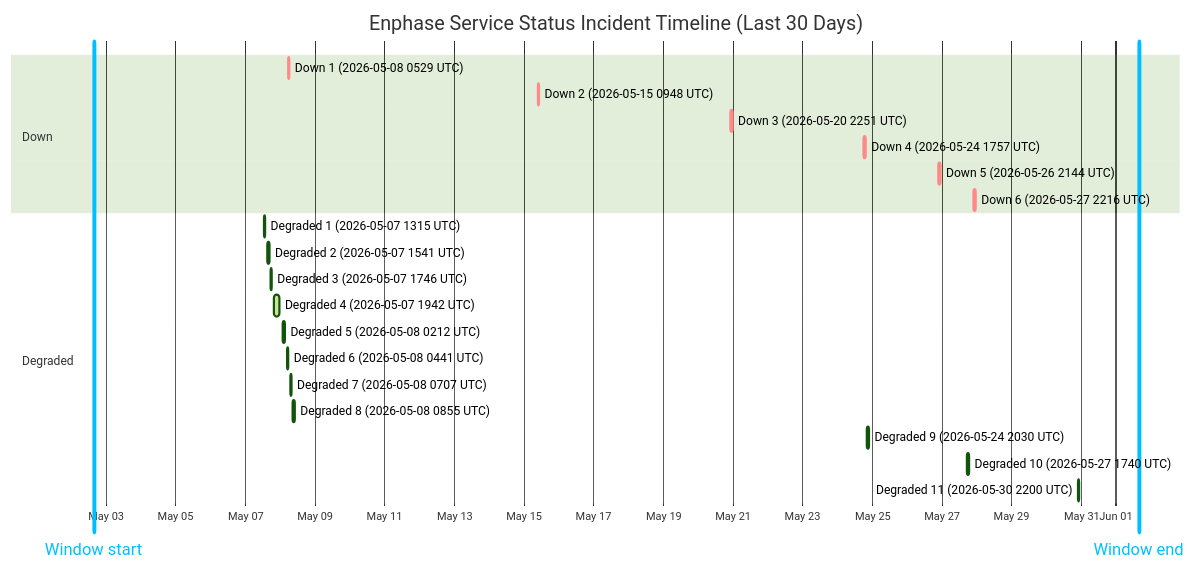
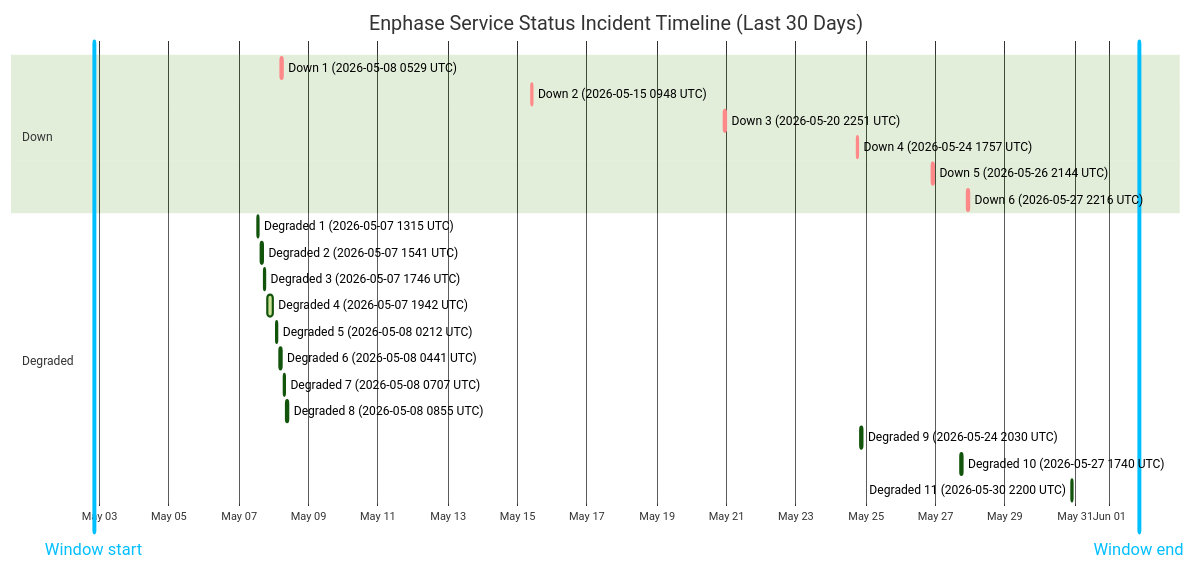
One commit to barneyonline/ha-enphase-ev-charger changed the diagram in wiki/Service-Status-History.md. Above: the diagram before and after it, drawn with Mermaid (forest theme). The commit also changed other lines of this file and 3 other files, not shown here.

````diff
--- a/wiki/Service-Status-History.md
+++ b/wiki/Service-Status-History.md
@@ -14,27 +14,27 @@
 ```mermaid
 gantt
     title Enphase Service Status Incident Timeline (Last 30 Days)
     dateFormat  YYYY-MM-DDTHH:mm:ss
     axisFormat  %b %d
-    Window start :vert, window-start, 2026-05-02T15:40:54, 0ms
-    Window end :vert, window-end, 2026-06-01T15:40:54, 0ms
+    Window start :vert, window-start, 2026-05-02T20:16:54, 0ms
+    Window end :vert, window-end, 2026-06-01T20:16:54, 0ms
     section Down
     Down 1 (2026-05-08 0529 UTC) :crit, down-1, 2026-05-08T05:29:47, 60m
     Down 2 (2026-05-15 0948 UTC) :crit, down-2, 2026-05-15T09:48:18, 60m
     Down 3 (2026-05-20 2251 UTC) :crit, down-3, 2026-05-20T22:51:14, 75m
     Down 4 (2026-05-24 1757 UTC) :crit, down-4, 2026-05-24T17:57:41, 86m
     Down 5 (2026-05-26 2144 UTC) :crit, down-5, 2026-05-26T21:44:11, 85m
     Down 6 (2026-05-27 2216 UTC) :crit, down-6, 2026-05-27T22:16:53, 87m
     section Degraded
     Degraded 1 (2026-05-07 1315 UTC) :active, degraded-1, 2026-05-07T13:15:25, 60m
     Degraded 2 (2026-05-07 1541 UTC) :active, degraded-2, 2026-05-07T15:41:58, 60m
     Degraded 3 (2026-05-07 1746 UTC) :active, degraded-3, 2026-05-07T17:46:51, 60m
     Degraded 4 (2026-05-07 1942 UTC) :active, degraded-4, 2026-05-07T19:42:10, 249m
     Degraded 5 (2026-05-08 0212 UTC) :active, degraded-5, 2026-05-08T02:12:39, 60m
     Degraded 6 (2026-05-08 0441 UTC) :active, degraded-6, 2026-05-08T04:41:46, 60m
     Degraded 7 (2026-05-08 0707 UTC) :active, degraded-7, 2026-05-08T07:07:30, 60m
     Degraded 8 (2026-05-08 0855 UTC) :active, degraded-8, 2026-05-08T08:55:20, 88m
     Degraded 9 (2026-05-24 2030 UTC) :active, degraded-9, 2026-05-24T20:30:57, 84m
     Degraded 10 (2026-05-27 1740 UTC) :active, degraded-10, 2026-05-27T17:40:52, 60m
     Degraded 11 (2026-05-30 2200 UTC) :active, degraded-11, 2026-05-30T22:00:37, 60m
 ```
````
